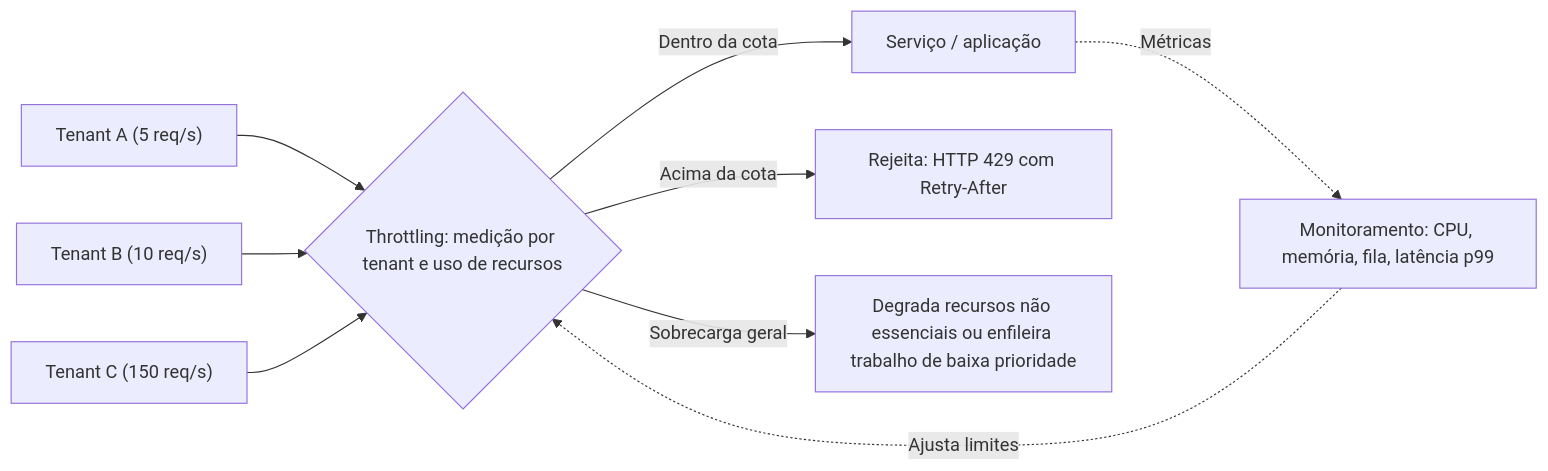
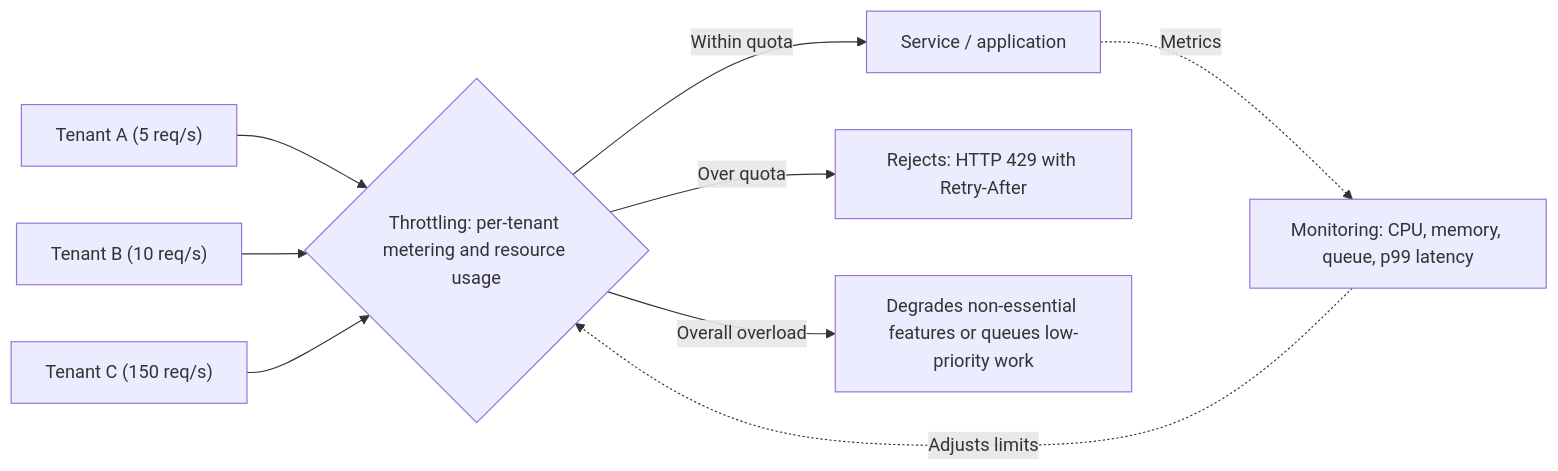
One commit to alancesar/design-patterns changed the diagram in docs/cloud/cloud-design-patterns/resiliency/throttling.md. Above: the diagram before and after it, drawn with Mermaid. The commit also changed 258 other files, not shown here.

First line of the commit message:
Translate Mermaid diagrams to English

````diff
--- a/docs/cloud/cloud-design-patterns/resiliency/throttling.md
+++ b/docs/cloud/cloud-design-patterns/resiliency/throttling.md
@@ -74,12 +74,12 @@
 ```mermaid
 flowchart LR
     TA["Tenant A (5 req/s)"] --> T
     TB["Tenant B (10 req/s)"] --> T
     TC["Tenant C (150 req/s)"] --> T
-    T{"Throttling: medição por tenant e uso de recursos"}
-    T -->|"Dentro da cota"| S["Serviço / aplicação"]
-    T -->|"Acima da cota"| R["Rejeita: HTTP 429 com Retry-After"]
-    T -->|"Sobrecarga geral"| D["Degrada recursos não essenciais ou enfileira trabalho de baixa prioridade"]
-    M["Monitoramento: CPU, memória, fila, latência p99"] -.->|"Ajusta limites"| T
-    S -.->|"Métricas"| M
+    T{"Throttling: per-tenant metering and resource usage"}
+    T -->|"Within quota"| S["Service / application"]
+    T -->|"Over quota"| R["Rejects: HTTP 429 with Retry-After"]
+    T -->|"Overall overload"| D["Degrades non-essential features or queues low-priority work"]
+    M["Monitoring: CPU, memory, queue, p99 latency"] -.->|"Adjusts limits"| T
+    S -.->|"Metrics"| M
 ```
````
